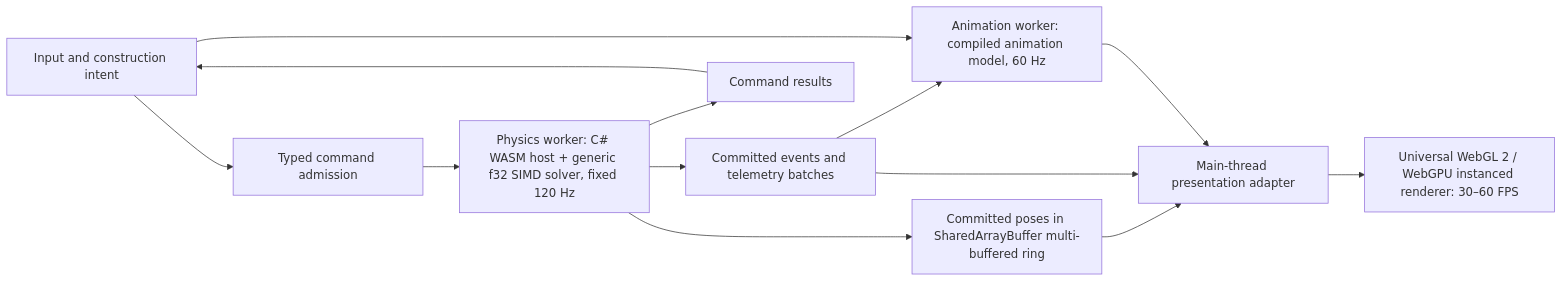
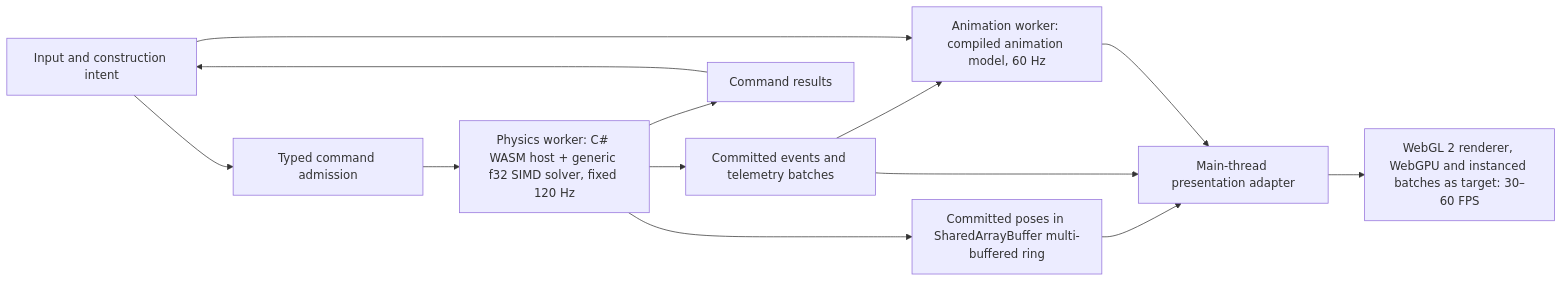
The diagram in docs/simulation-presentation-bridge.md (aidanmorgan/tim), drawn with Mermaid before and after one commit. The commit also changed other lines of this file and 27 other files, not shown here.

````diff
--- a/docs/simulation-presentation-bridge.md
+++ b/docs/simulation-presentation-bridge.md
@@ -13,15 +13,15 @@
 ```mermaid
 flowchart LR
     I[Input and construction intent] --> C[Typed command admission]
     C --> S["Physics worker: C# WASM host + generic f32 SIMD solver, fixed 120 Hz"]
     S --> R[Committed poses in SharedArrayBuffer multi-buffered ring]
     S --> E[Committed events and telemetry batches]
     S --> A[Command results]
     A --> I
     E --> N["Animation worker: compiled animation model, 60 Hz"]
     R --> P[Main-thread presentation adapter]
     E --> P
     I --> N
     N --> P
-    P --> G["Universal WebGL 2 / WebGPU instanced renderer: 30–60 FPS"]
+    P --> G["WebGL 2 renderer, WebGPU and instanced batches as target: 30–60 FPS"]
 ```
````
